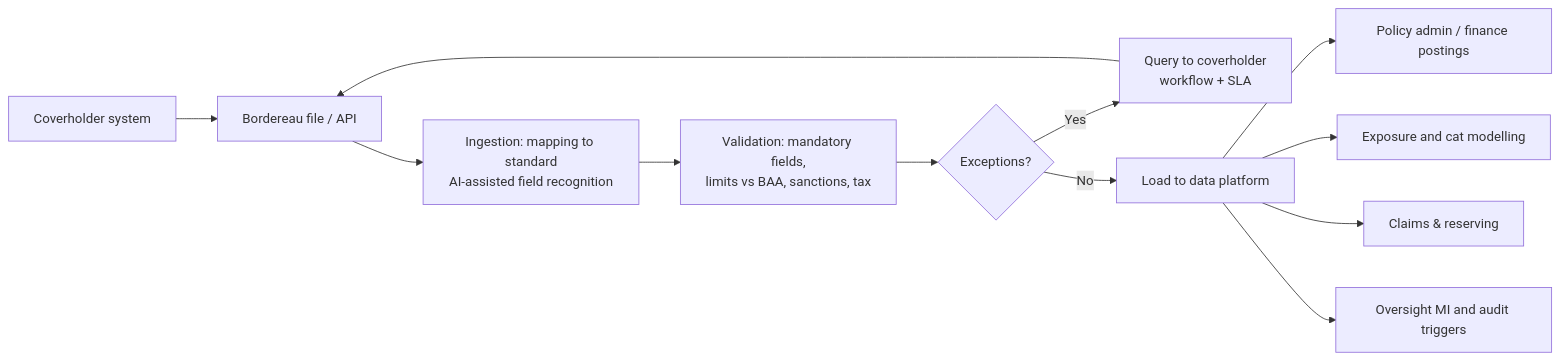
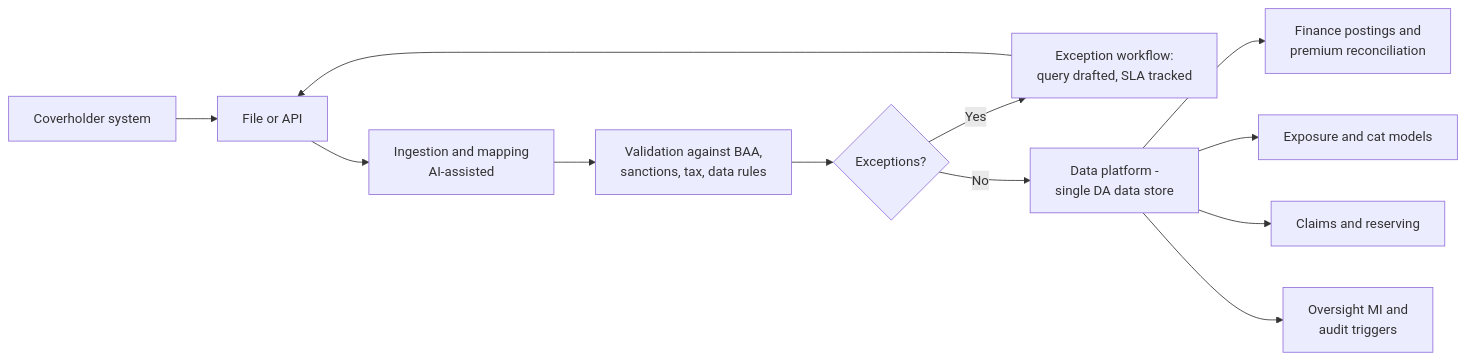
One commit to gazal-gupta/Insurance-Domain changed the second of 2 diagrams in london-market-lloyds-guide/05-Intermediate-Delegated-Authority.md. Above: the diagram before and after it, drawn with Mermaid. The commit also changed other lines of this file, not shown here.

````diff
--- a/london-market-lloyds-guide/05-Intermediate-Delegated-Authority.md
+++ b/london-market-lloyds-guide/05-Intermediate-Delegated-Authority.md
@@ -101,14 +172,14 @@
 ```mermaid
 flowchart LR
-  A[Coverholder system] --> B[Bordereau file / API]
-  B --> C[Ingestion: mapping to standard<br/>AI-assisted field recognition]
-  C --> D[Validation: mandatory fields,<br/>limits vs BAA, sanctions, tax]
+  A[Coverholder system] --> B[File or API]
+  B --> C[Ingestion and mapping<br/>AI-assisted]
+  C --> D[Validation against BAA,<br/>sanctions, tax, data rules]
   D --> E{Exceptions?}
-  E -- Yes --> F[Query to coverholder<br/>workflow + SLA]
+  E -- Yes --> F[Exception workflow:<br/>query drafted, SLA tracked]
   F --> B
-  E -- No --> G[Load to data platform]
-  G --> H[Policy admin / finance postings]
-  G --> I[Exposure and cat modelling]
-  G --> J[Claims & reserving]
-  G --> K[Oversight MI and audit triggers]
+  E -- No --> G[Data platform -<br/>single DA data store]
+  G --> H[Finance postings and<br/>premium reconciliation]
+  G --> I[Exposure and cat models]
+  G --> J[Claims and reserving]
+  G --> K[Oversight MI and<br/>audit triggers]
 ```
````
